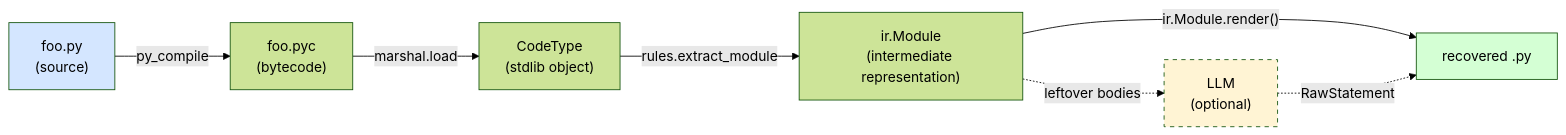
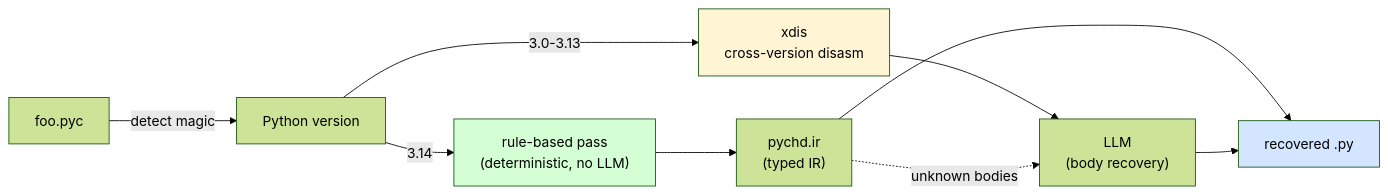
The first of 2 diagrams in README.md (diohabara/pychd), drawn with Mermaid (forest theme) before and after one commit. The commit also changed other lines of this file and 4 other files, not shown here.

````diff
--- a/README.md
+++ b/README.md
@@ -42,12 +14,13 @@
 ```mermaid
 flowchart LR
-    py["foo.py<br/>(source)"] -- py_compile --> pyc["foo.pyc<br/>(bytecode)"]
-    pyc -- marshal.load --> code["CodeType<br/>(stdlib object)"]
-    code -- rules.extract_module --> ir["ir.Module<br/>(intermediate representation)"]
-    ir -- "ir.Module.render()" --> rec["recovered .py"]
-    ir -. "leftover bodies" .-> llm["LLM<br/>(optional)"]
-    llm -. RawStatement .-> rec
-    style py fill:#d4e6ff
-    style rec fill:#d4ffd4
-    style llm fill:#fff4d4,stroke-dasharray:5
+    pyc["foo.pyc"] -- detect magic --> ver["Python version"]
+    ver -- 3.14 --> rules["rule-based pass<br/>(deterministic, no LLM)"]
+    ver -- "3.0-3.13" --> xdis["xdis<br/>cross-version disasm"]
+    rules --> ir["pychd.ir<br/>(typed IR)"]
+    xdis --> llm["LLM<br/>(body recovery)"]
+    ir -. unknown bodies .-> llm
+    ir & llm --> rec["recovered .py"]
+    style rules fill:#d4ffd4
+    style xdis fill:#fff4d4
+    style rec fill:#d4e6ff
 ```
````
